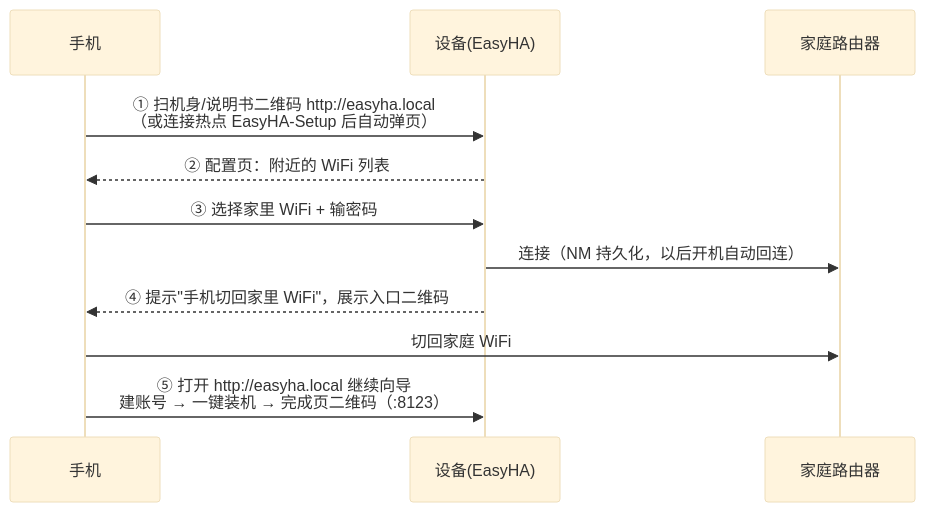
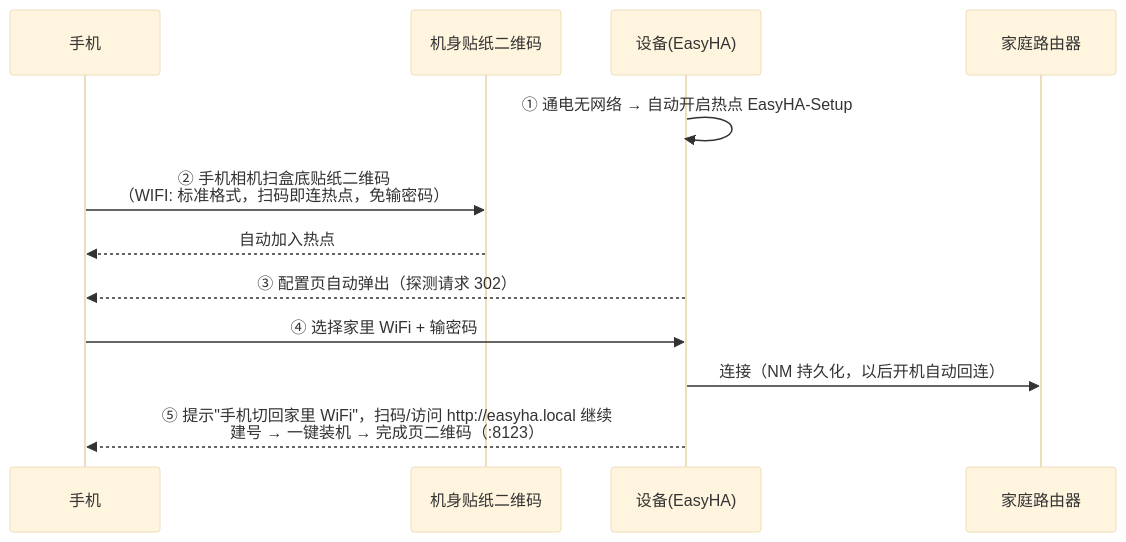
One commit to perryhan/easyha changed the diagram in docs/03-provisioning-flow.md. Above: the diagram before and after it, drawn with Mermaid (base theme). The commit also changed other lines of this file and 9 other files, not shown here.

````diff
--- a/docs/03-provisioning-flow.md
+++ b/docs/03-provisioning-flow.md
@@ -5,14 +5,15 @@
 ```mermaid
 sequenceDiagram
   participant U as 手机
+  participant S as 机身贴纸二维码
   participant D as 设备(EasyHA)
   participant H as 家庭路由器
 
-  U->>D: ① 扫机身/说明书二维码 http://easyha.local<br/>（或连接热点 EasyHA-Setup 后自动弹页）
-  D-->>U: ② 配置页：附近的 WiFi 列表
-  U->>D: ③ 选择家里 WiFi + 输密码
+  D->>D: ① 通电无网络 → 自动开启热点 EasyHA-Setup
+  U->>S: ② 手机相机扫盒底贴纸二维码<br/>（WIFI: 标准格式，扫码即连热点，免输密码）
+  S-->>U: 自动加入热点
+  D-->>U: ③ 配置页自动弹出（探测请求 302）
+  U->>D: ④ 选择家里 WiFi + 输密码
   D->>H: 连接（NM 持久化，以后开机自动回连）
-  D-->>U: ④ 提示"手机切回家里 WiFi"，展示入口二维码
-  U->>H: 切回家庭 WiFi
-  U->>D: ⑤ 打开 http://easyha.local 继续向导<br/>建账号 → 一键装机 → 完成页二维码（:8123）
+  D-->>U: ⑤ 提示"手机切回家里 WiFi"，扫码/访问 http://easyha.local 继续<br/>建号 → 一键装机 → 完成页二维码（:8123）
 ```
````
